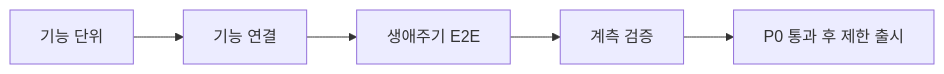
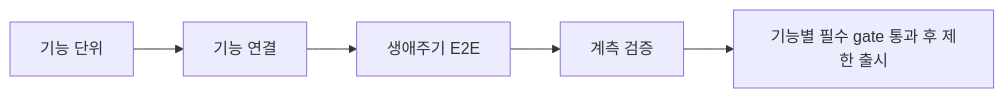
One commit to OneOrThree/phone changed the fourth of 4 diagrams in docs/prd/group/low-level-design.md. Above: the diagram before and after it, drawn with Mermaid. The commit also changed other lines of this file and 21 other files, not shown here.

````diff
--- a/docs/prd/group/low-level-design.md
+++ b/docs/prd/group/low-level-design.md
@@ -122,7 +117,7 @@
 ```mermaid
 flowchart LR
     Unit["기능 단위"] --> Contract["기능 연결"]
     Contract --> Journey["생애주기 E2E"]
     Journey --> Analytics["계측 검증"]
-    Analytics --> Release["P0 통과 후 제한 출시"]
+    Analytics --> Release["기능별 필수 gate 통과 후 제한 출시"]
 ```
````
